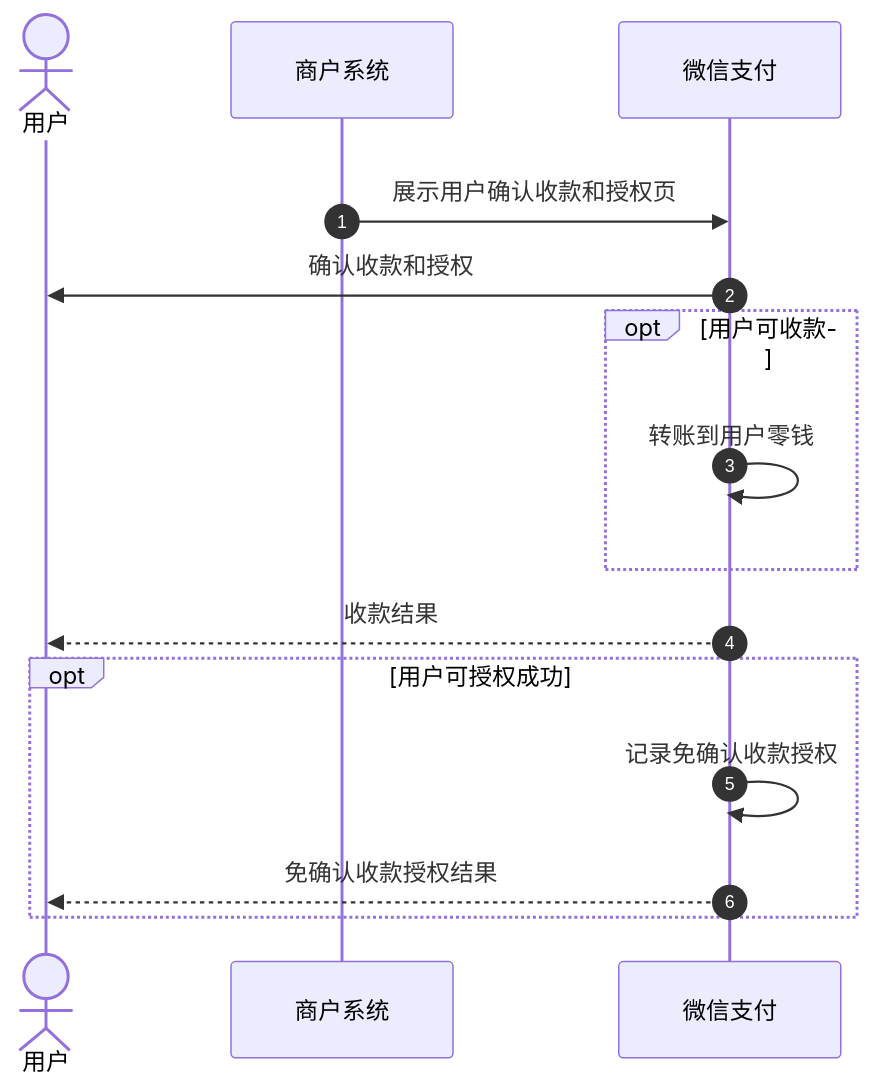
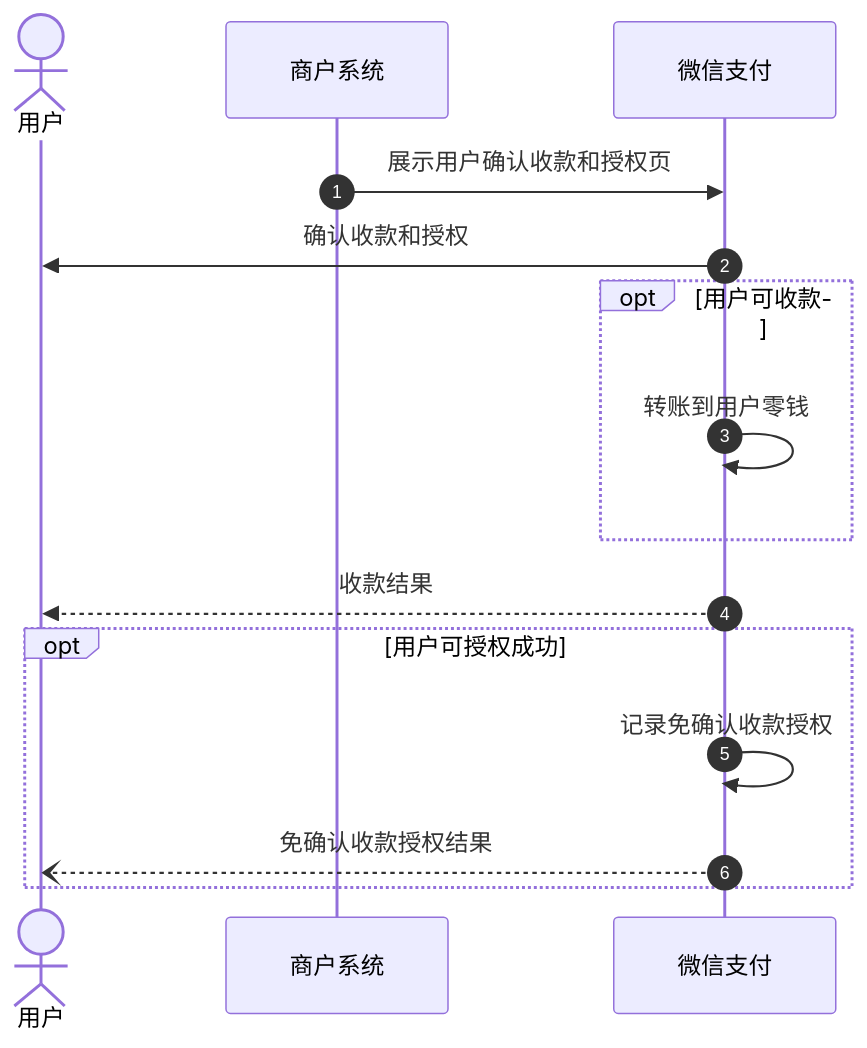
The sixth of 9 diagrams in docs/merchant/pages/4012715211.md (minibear2021/wechatpay_docs), drawn with Mermaid before and after one commit. The commit also changed other lines of this file and 46 other files, not shown here.

````diff
--- a/docs/merchant/pages/4012715211.md
+++ b/docs/merchant/pages/4012715211.md
@@ -267,23 +256,17 @@
 ```mermaid
 sequenceDiagram
-    rect rgb(255,255,255)
-        autonumber
-        actor User as 用户
-        participant Mch as 商户系统
-        participant WxPay as 微信支付
-
-        Mch->>WxPay: 展示用户确认收款和授权页
-        WxPay->>User: 确认收款和授权
-
-        opt 用户可收款
-            WxPay->>WxPay: 转账到用户零钱
-        end
-
-        WxPay-->>User: 收款结果
-
-        opt 用户可授权成功
-            WxPay->>WxPay: 记录免确认收款授权
-            WxPay-->>User: 免确认收款授权结果
-        end
-    end
+  autonumber
+  actor p0 as 用户
+  participant p1 as 商户系统
+  participant p2 as 微信支付
+  p1->>p2: 展示用户确认收款和授权页
+  p2->>p0: 确认收款和授权
+  opt 用户可收款
+    p2->>p2: 转账到用户零钱
+  end
+  p2-->>p0: 收款结果
+  opt 用户可授权成功
+    p2->>p2: 记录免确认收款授权
+    p2--)p0: 免确认收款授权结果
+  end
 ```
````
